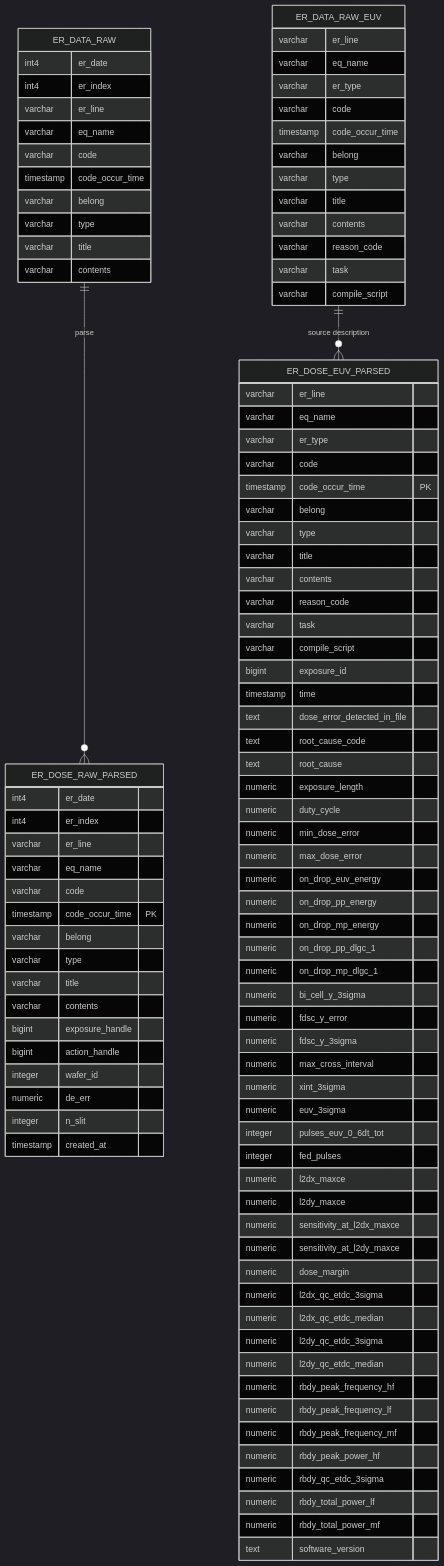
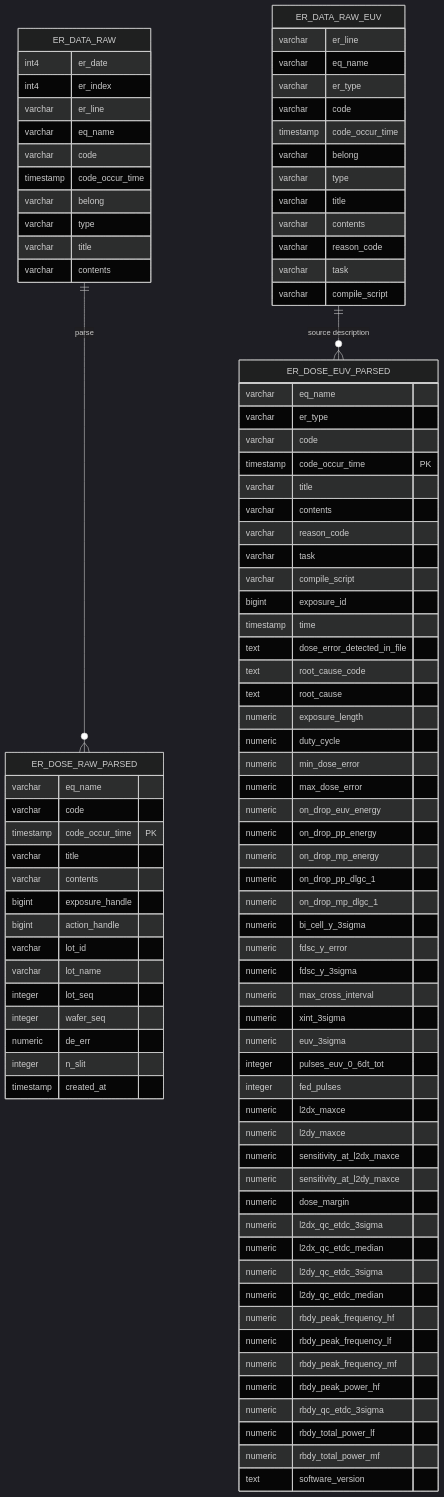
The diagram in ER_DOSE_ERROR.md (junho0831/PythonStudy), drawn with Mermaid (dark theme) before and after one commit. The commit also changed other lines of this file and 19 other files, not shown here.

Commit message:
ER Dose parsed 스키마 정리 및 LO-0050 파싱 추가

```diff
--- a/ER_DOSE_ERROR.md
+++ b/ER_DOSE_ERROR.md
@@ -70,32 +72,27 @@
     }
 
     ER_DOSE_RAW_PARSED {
-        int4 er_date
-        int4 er_index
-        varchar er_line
         varchar eq_name
         varchar code
         timestamp code_occur_time PK
-        varchar belong
-        varchar type
         varchar title
         varchar contents
         bigint exposure_handle
         bigint action_handle
-        integer wafer_id
+        varchar lot_id
+        varchar lot_name
+        integer lot_seq
+        integer wafer_seq
         numeric de_err
         integer n_slit
         timestamp created_at
     }
 
     ER_DOSE_EUV_PARSED {
-        varchar er_line
         varchar eq_name
         varchar er_type
         varchar code
         timestamp code_occur_time PK
-        varchar belong
-        varchar type
         varchar title
         varchar contents
         varchar reason_code
```
